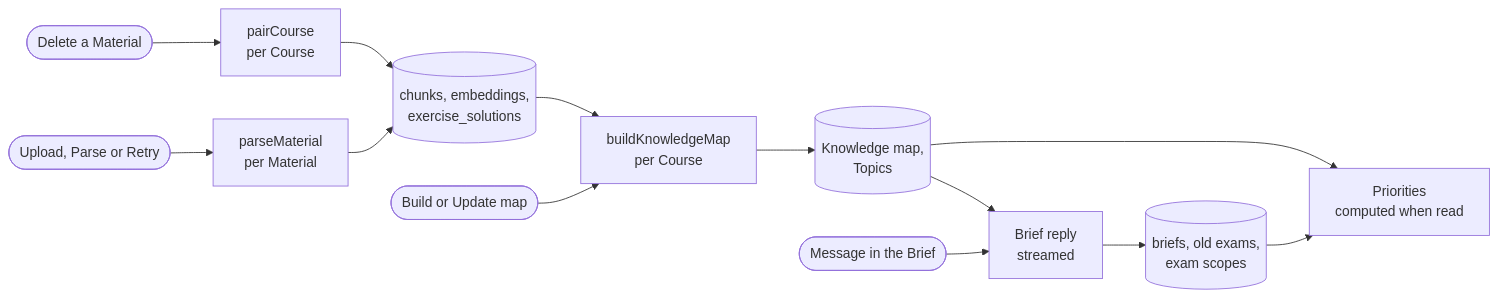
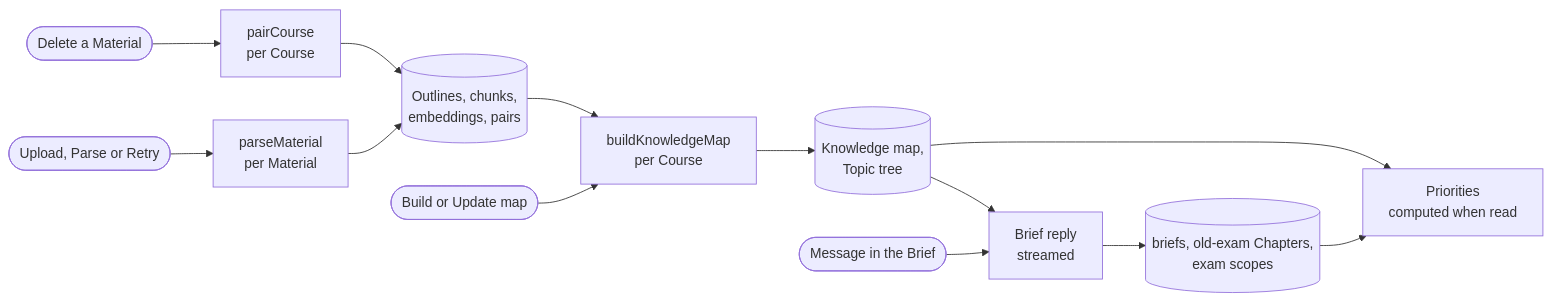
Before and after one commit to 69420pm/project-mastery: the diagram in docs/features/knowledge-map-pipeline.md, drawn with Mermaid. The commit also changed other lines of this file and 14 other files, not shown here.

First line of the commit message:
test: run pnpm smoke map and brief on Chapters and the Topic tree, and record ADR 0023

````diff
--- a/docs/features/knowledge-map-pipeline.md
+++ b/docs/features/knowledge-map-pipeline.md
@@ -9,15 +9,15 @@
 ```mermaid
 flowchart LR
   upload([Upload, Parse or Retry]) --> parse[parseMaterial<br/>per Material]
   delete([Delete a Material]) --> pair[pairCourse<br/>per Course]
-  parse --> chunks[(chunks, embeddings,<br/>exercise_solutions)]
+  parse --> chunks[(Outlines, chunks,<br/>embeddings, pairs)]
   pair --> chunks
   press([Build or Update map]) --> build[buildKnowledgeMap<br/>per Course]
   chunks --> build
-  build --> map[(Knowledge map,<br/>Topics)]
+  build --> map[(Knowledge map,<br/>Topic tree)]
   brief([Message in the Brief]) --> reply[Brief reply<br/>streamed]
-  reply --> briefRows[(briefs, old exams,<br/>exam scopes)]
+  reply --> briefRows[(briefs, old-exam Chapters,<br/>exam scopes)]
   map --> reply
   map --> prio[Priorities<br/>computed when read]
   briefRows --> prio
 ```
````
